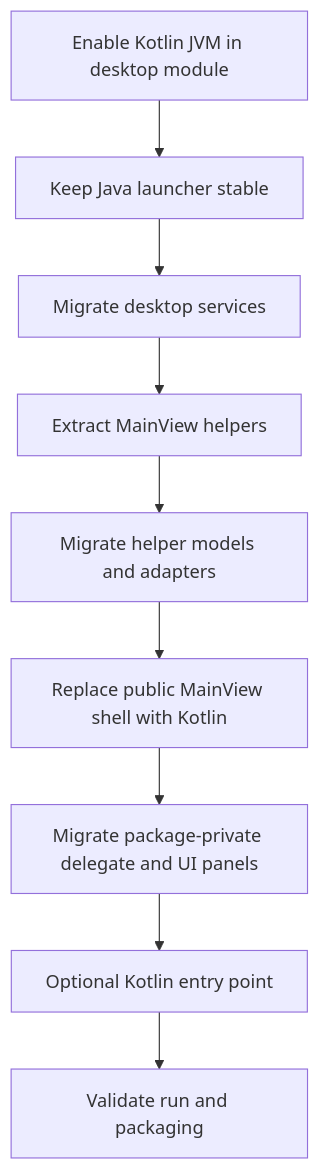
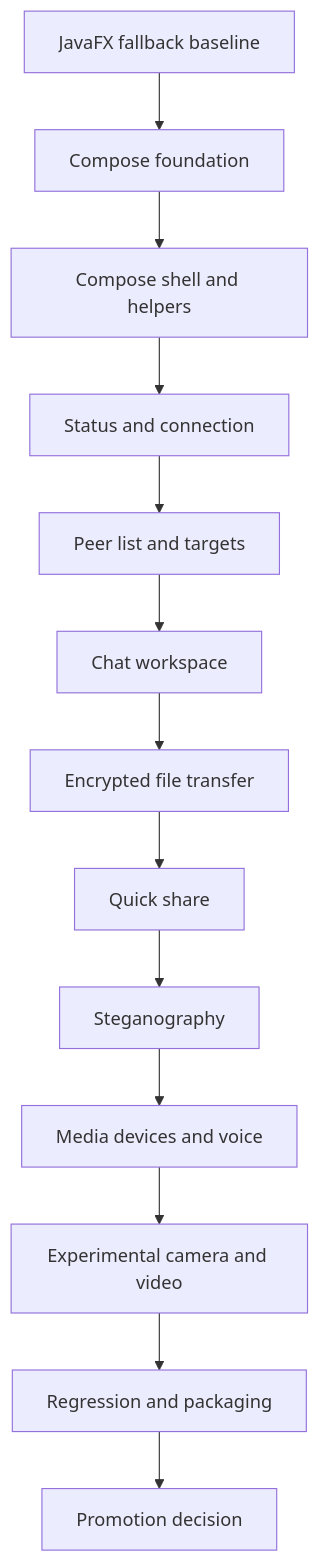
One commit to Shterneregen/secure-lan-suite changed the second of 2 diagrams in docs/kotlin-migration.md. Above: the diagram before and after it, drawn with Mermaid. The commit also changed other lines of this file and 34 other files, not shown here.

Commit message:
Kotlin Migration Phase 9. Migrate desktop UI foundation to Compose Multiplatform

````diff
--- a/docs/kotlin-migration.md
+++ b/docs/kotlin-migration.md
@@ -144,11 +198,15 @@
 ```mermaid
 flowchart TD
-    A[Enable Kotlin JVM in desktop module] --> B[Keep Java launcher stable]
-    B --> C[Migrate desktop services]
-    C --> D[Extract MainView helpers]
-    D --> E[Migrate helper models and adapters]
-    E --> F[Replace public MainView shell with Kotlin]
-    F --> G[Migrate package-private delegate and UI panels]
-    G --> H[Optional Kotlin entry point]
-    H --> I[Validate run and packaging]
+    A[JavaFX fallback baseline] --> B[Compose foundation]
+    B --> C[Compose shell and helpers]
+    C --> D[Status and connection]
+    D --> E[Peer list and targets]
+    E --> F[Chat workspace]
+    F --> G[Encrypted file transfer]
+    G --> H[Quick share]
+    H --> I[Steganography]
+    I --> J[Media devices and voice]
+    J --> K[Experimental camera and video]
+    K --> L[Regression and packaging]
+    L --> M[Promotion decision]
 ```
````
